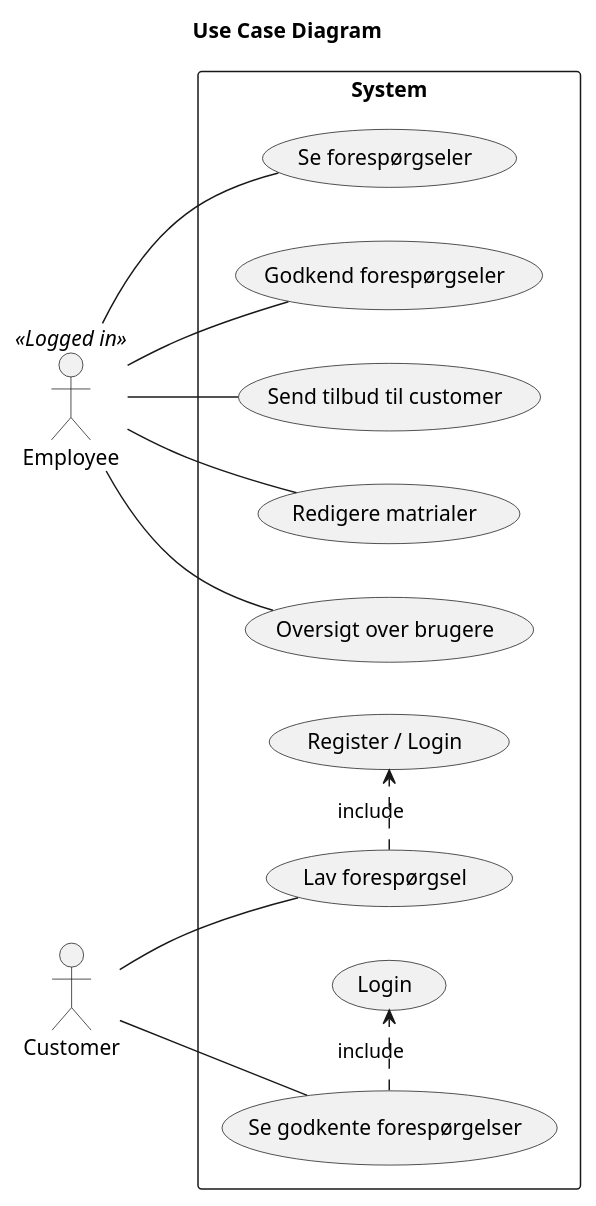
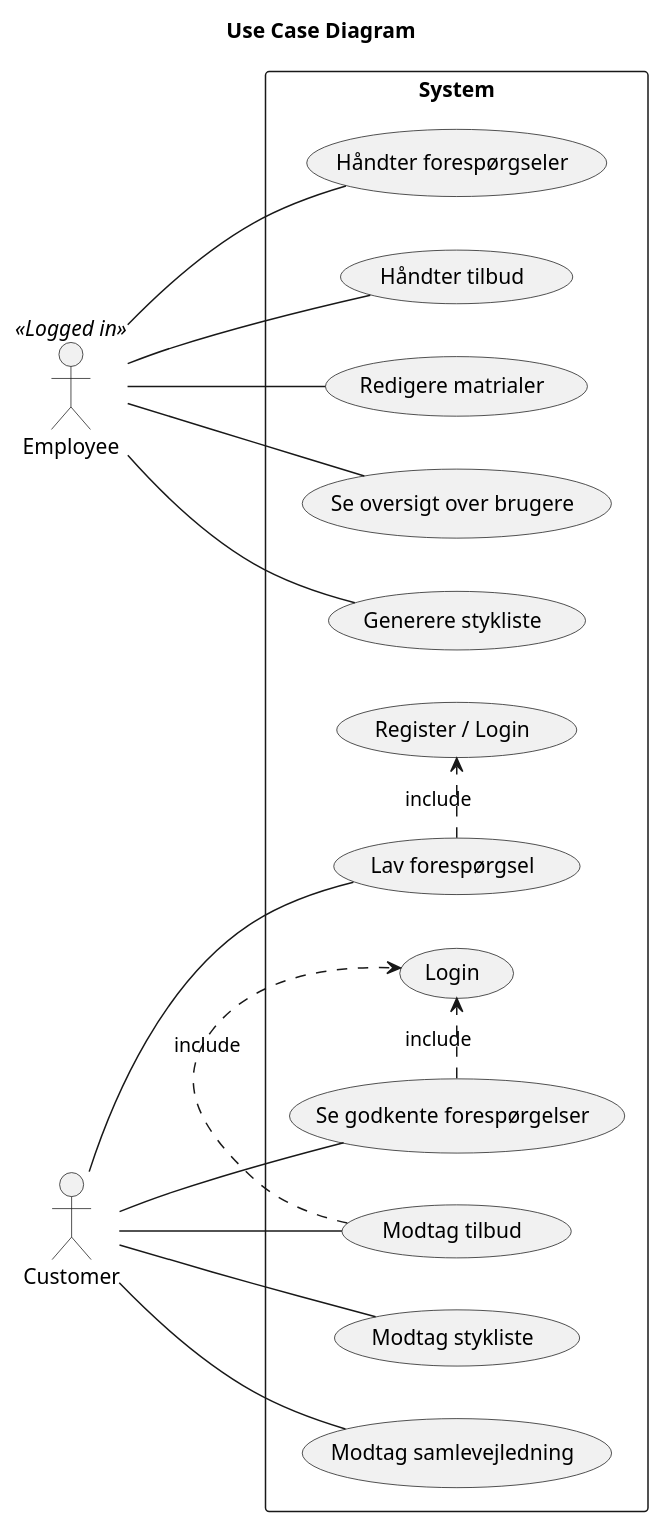
Before and after one commit to LaDane/DatamatikerGit: the diagram in 2 Semester/Week_47/Carport_Domain/plantuml/UseCaseDiagram.puml, drawn with PlantUML. The commit also changed 7 other files, not shown here.

```diff
--- a/2 Semester/Week_47/Carport_Domain/plantuml/UseCaseDiagram.puml
+++ b/2 Semester/Week_47/Carport_Domain/plantuml/UseCaseDiagram.puml
@@ -1,21 +1,25 @@
 @startuml
 left to right direction
 Title Use Case Diagram
 
 actor Employee <<Logged in>>
 actor Customer
 
 rectangle System {
   Customer -- (Lav forespørgsel)
   (Lav forespørgsel) .> (Register / Login) : include
   Customer -- (Se godkente forespørgelser)
   (Se godkente forespørgelser) .> (Login) : include
+  Customer -- (Modtag tilbud)
+  (Modtag tilbud) .> (Login) : include
+  Customer -- (Modtag stykliste)
+  Customer -- (Modtag samlevejledning)
 
-  Employee -- (Se forespørgseler)
-  Employee -- (Godkend forespørgseler)
-  Employee -- (Send tilbud til customer)
+  Employee -- (Håndter forespørgseler)
+  Employee -- (Håndter tilbud)
   Employee -- (Redigere matrialer)
-  Employee -- (Oversigt over brugere)
+  Employee -- (Se oversigt over brugere)
+  Employee -- (Generere stykliste)
 
 }
 @enduml
```
